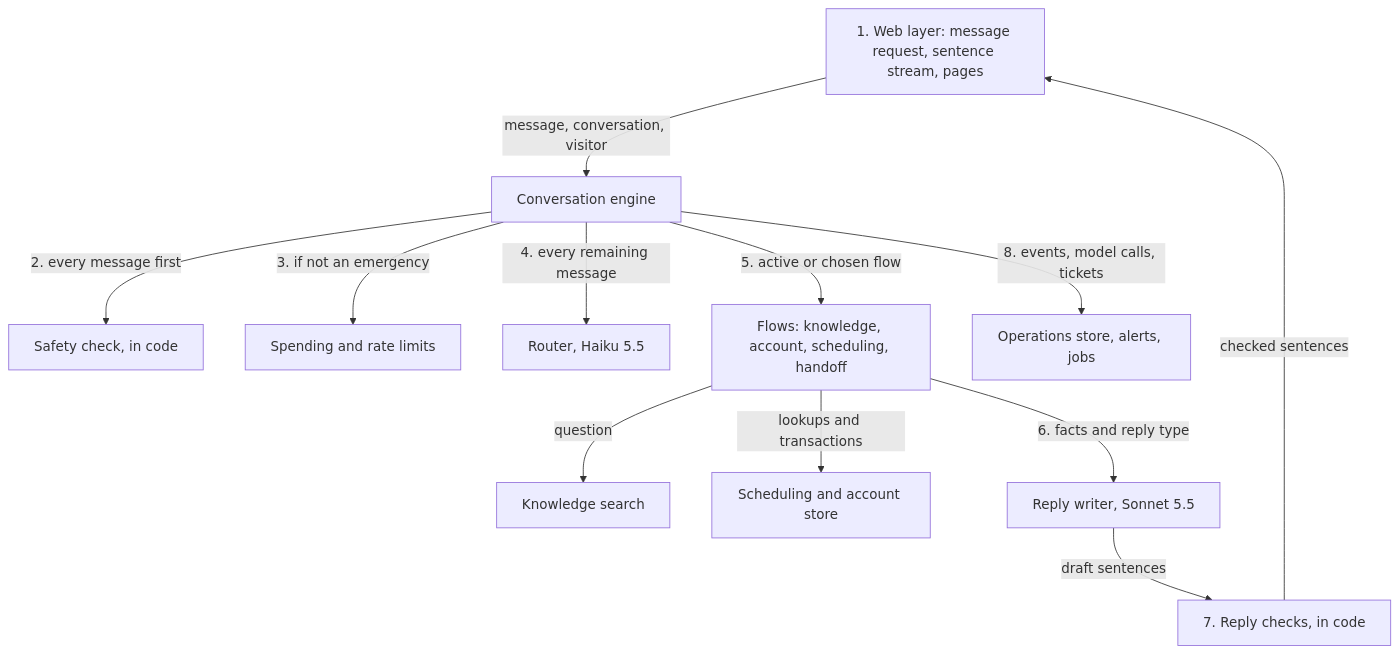
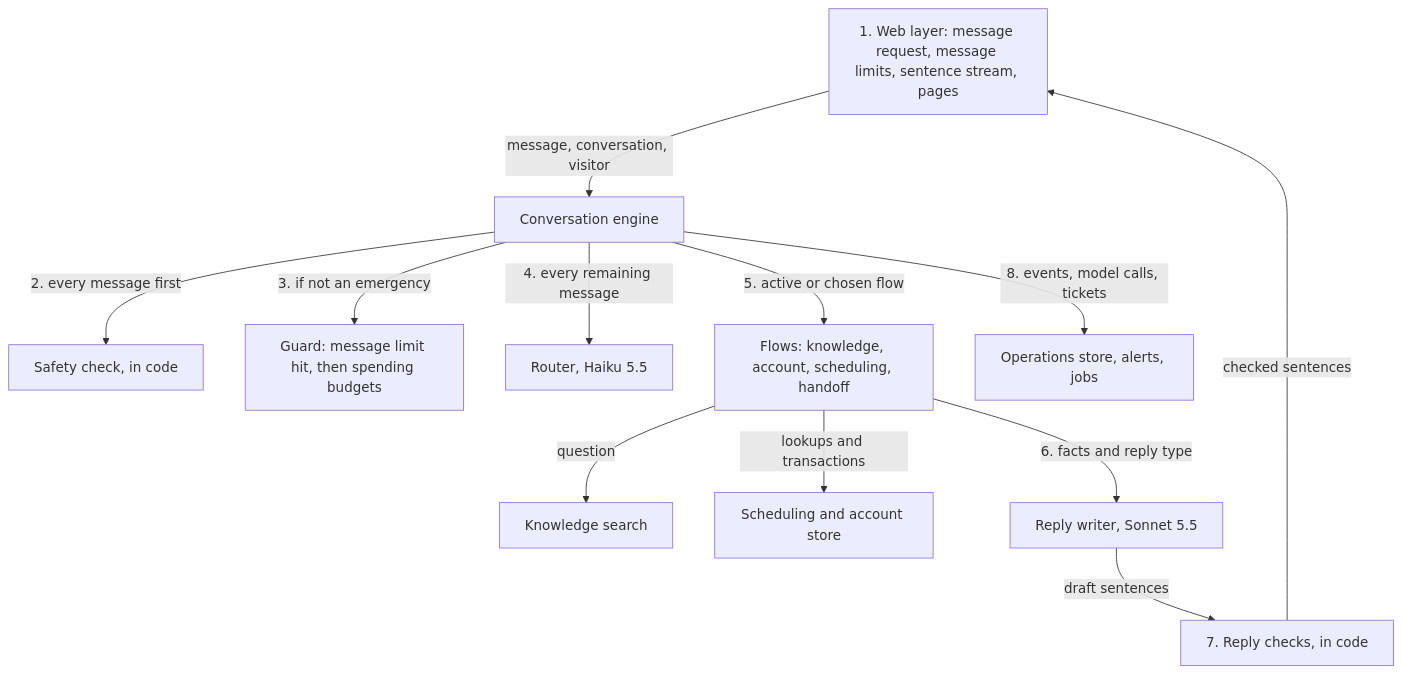
The second of 21 diagrams in docs/ARCHITECTURE.md (lucycchi/AI_Call_Center_Agent), drawn with Mermaid before and after one commit. The commit also changed other lines of this file and 8 other files, not shown here.

First line of the commit message:
fix(live): a used-up network block sends another visitor's emergency to the merged ticket; IPv4-mapped addresses count by their IPv4 block; the overflow ticket is retried and capped; architecture document and stale lines brought up to date

````diff
--- a/docs/ARCHITECTURE.md
+++ b/docs/ARCHITECTURE.md
@@ -34,14 +43,14 @@
 ```mermaid
 flowchart TB
-    WEB["1. Web layer: message request, sentence stream, pages"] -->|"message, conversation, visitor"| ENG["Conversation engine"]
+    WEB["1. Web layer: message request, message limits, sentence stream, pages"] -->|"message, conversation, visitor"| ENG["Conversation engine"]
     ENG -->|"2. every message first"| SAFE["Safety check, in code"]
-    ENG -->|"3. if not an emergency"| GUARDS["Spending and rate limits"]
+    ENG -->|"3. if not an emergency"| GUARDS["Guard: message limit hit, then spending budgets"]
     ENG -->|"4. every remaining message"| RTR["Router, Haiku 5.5"]
     ENG -->|"5. active or chosen flow"| FLOWS["Flows: knowledge, account, scheduling, handoff"]
     FLOWS -->|"question"| KB["Knowledge search"]
     FLOWS -->|"lookups and transactions"| SCHED["Scheduling and account store"]
     FLOWS -->|"6. facts and reply type"| WRITER["Reply writer, Sonnet 5.5"]
     WRITER -->|"draft sentences"| GUARD["7. Reply checks, in code"]
     GUARD -->|"checked sentences"| WEB
     ENG -->|"8. events, model calls, tickets"| OPS["Operations store, alerts, jobs"]
 ```
````
